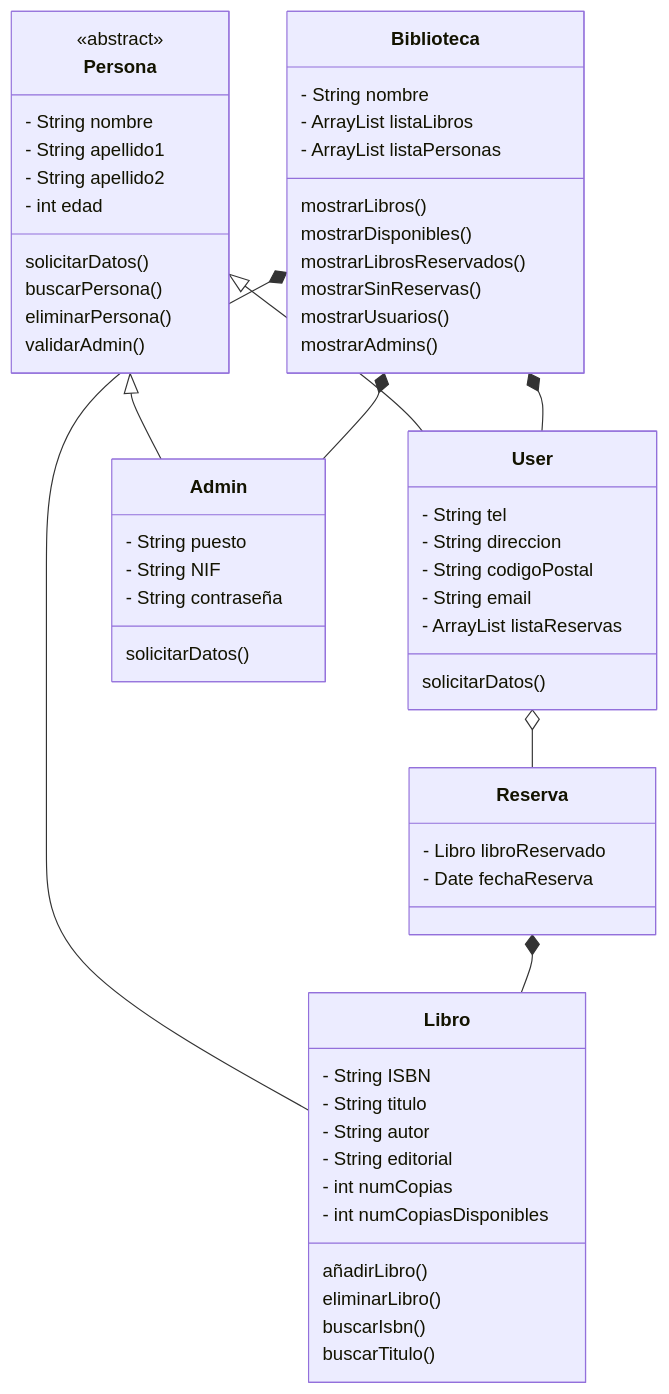
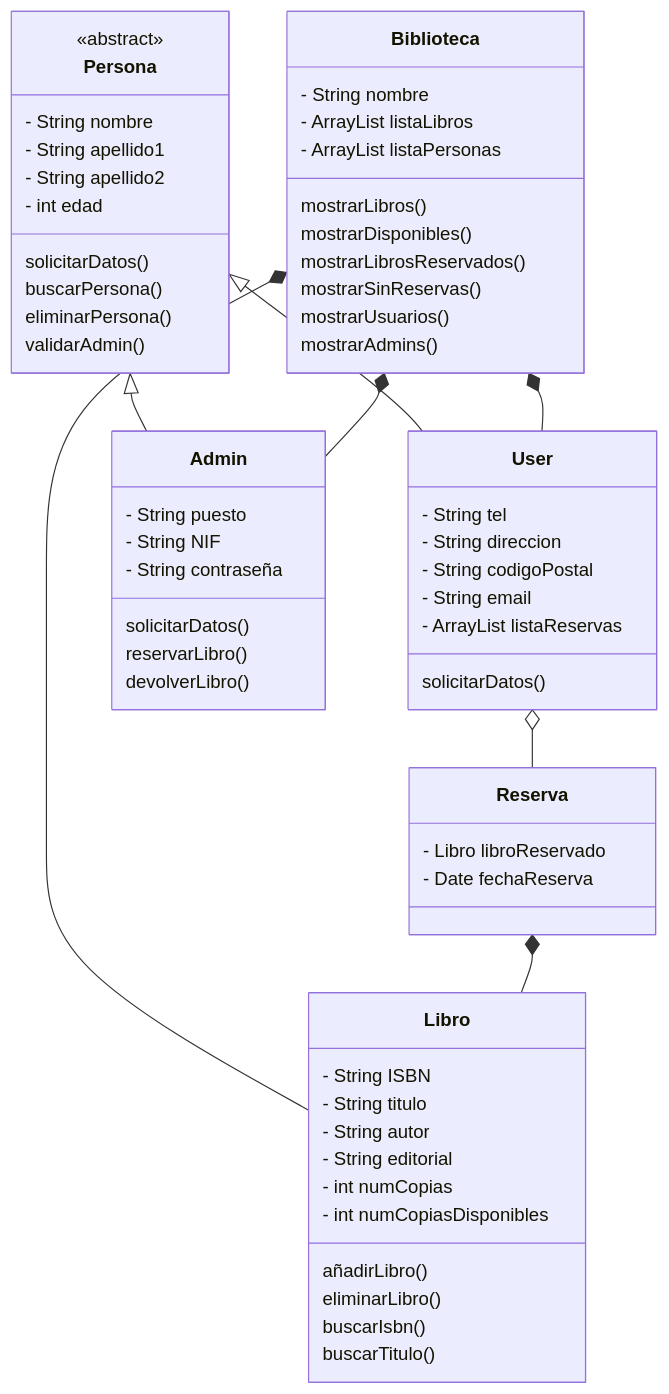
Before and after one commit to josep-castell-colom/programacio-daw: the diagram in README.md, drawn with Mermaid.

Commit message:
readme edit : classDiagram

````diff
--- a/README.md
+++ b/README.md
@@ -11,62 +11,64 @@
 ```mermaid
 classDiagram
 class Persona{
   <<abstract>>
   - String nombre
   - String apellido1
   - String apellido2
   - int edad
   solicitarDatos()
   buscarPersona()
   eliminarPersona()
   validarAdmin()
 }
 class User{
   - String tel
   - String direccion
   - String codigoPostal
   - String email
   - ArrayList<Reserva> listaReservas
   solicitarDatos()
 }
 class Admin{
   - String puesto
   - String NIF
   - String contraseña
   solicitarDatos()
+  reservarLibro()
+  devolverLibro()
 }
 class Biblioteca{
   - String nombre
   - ArrayList<Libro> listaLibros
   - ArrayList<Persona> listaPersonas
   mostrarLibros()
   mostrarDisponibles()
   mostrarLibrosReservados()
   mostrarSinReservas()
   mostrarUsuarios()
   mostrarAdmins()
 }
 class Libro{
   - String ISBN
   - String titulo
   - String autor
   - String editorial
   - int numCopias
   - int numCopiasDisponibles
   añadirLibro()
   eliminarLibro()
   buscarIsbn()
   buscarTitulo()
 }
 class Reserva{
   - Libro libroReservado
   - Date fechaReserva
 }
 Persona <|-- User
 Persona <|-- Admin
 Biblioteca *-- Libro
 Biblioteca *-- Admin
 Biblioteca *-- User
 User o-- Reserva
 Reserva *-- Libro
 ```
````
